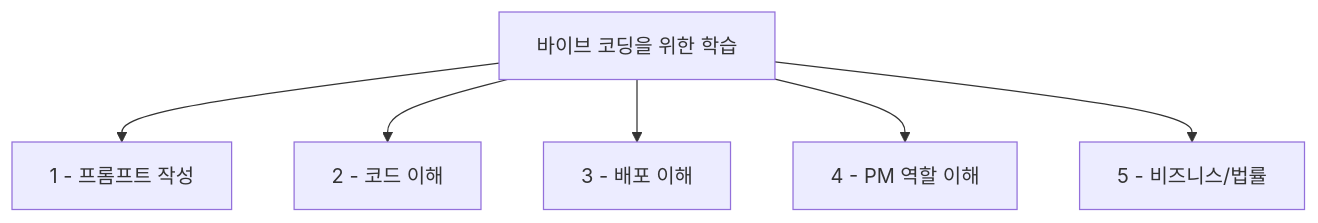
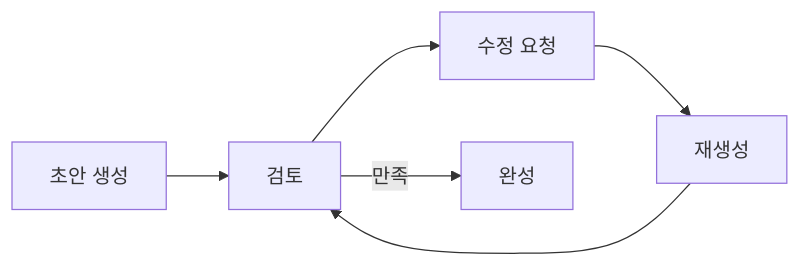
Before and after one commit to nugurejeil/weniVooks: the third of 4 diagrams in _md/essentials-vibecoding/chapter01/01-5.md, drawn with Mermaid. The commit also changed other lines of this file and 5 other files, not shown here.

````diff
--- a/_md/essentials-vibecoding/chapter01/01-5.md
+++ b/_md/essentials-vibecoding/chapter01/01-5.md
@@ -102,8 +73,8 @@
 ```mermaid
-flowchart TD
-    A["바이브 코딩을 위한 학습"] --> B["1 - 프롬프트 작성"]
-    A --> C["2 - 코드 이해"]
-    A --> D["3 - 배포 이해"]
-    A --> E["4 - PM 역할 이해"]
-    A --> F["5 - 비즈니스/법률"]
+flowchart LR
+    A["초안 생성"] --> B["검토"]
+    B --> C["수정 요청"]
+    C --> D["재생성"]
+    D --> B
+    B -->|"만족"| E["완성"]
 ```
````
